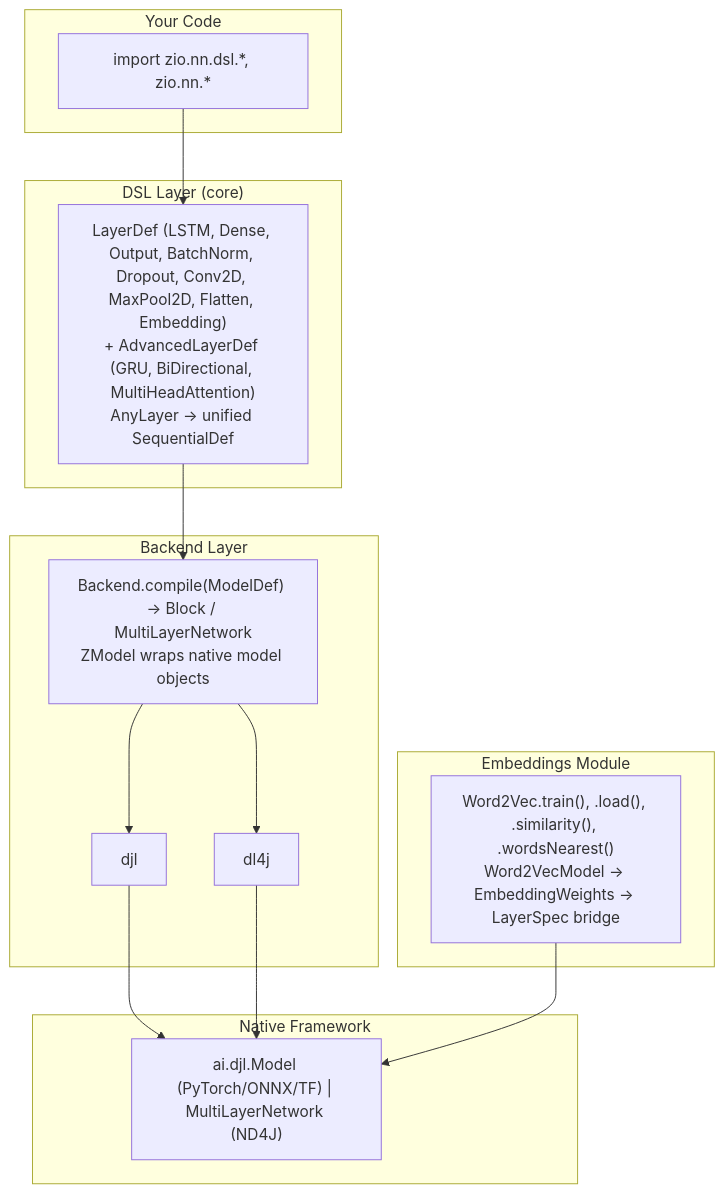
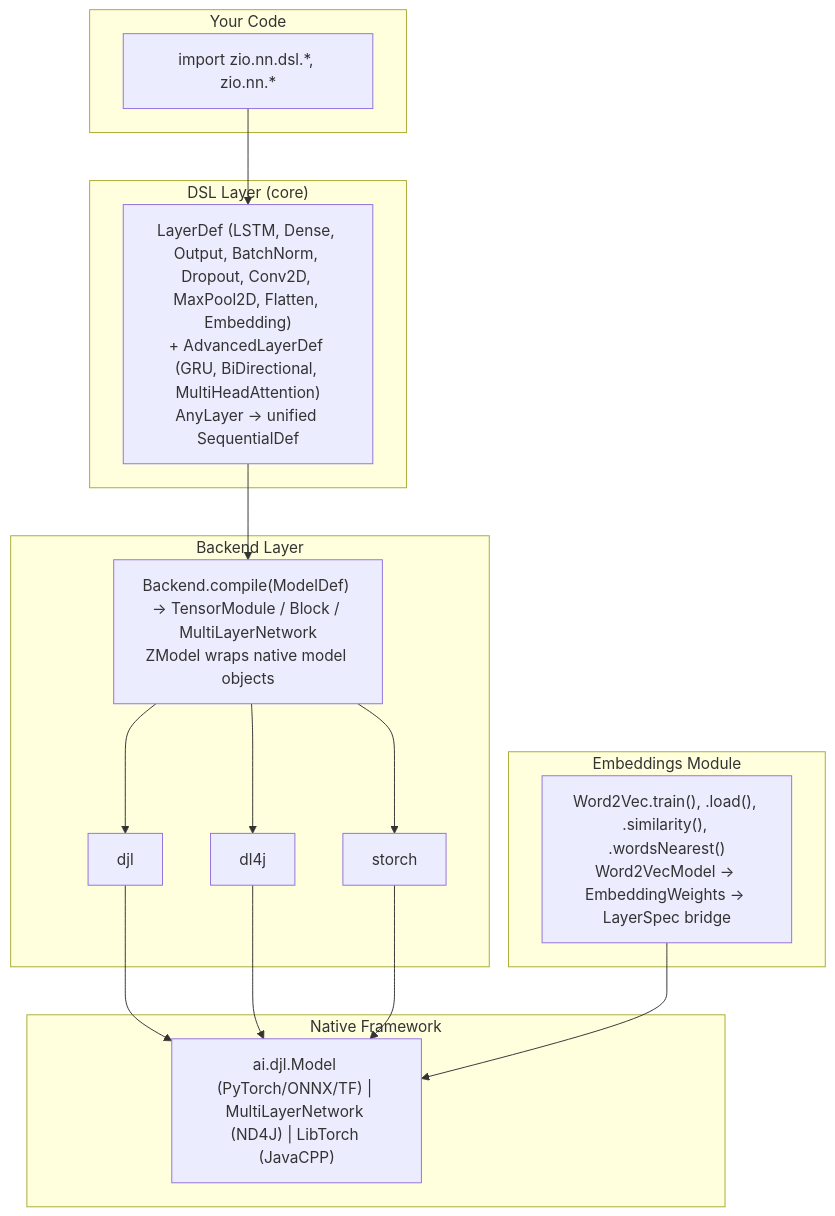
Before and after one commit to szekai/zio-nn: the diagram in README.md, drawn with Mermaid. The commit also changed other lines of this file and 3 other files, not shown here.

First line of the commit message:
Update docs for storch backend

````diff
--- a/README.md
+++ b/README.md
@@ -243,27 +255,30 @@
 ```mermaid
 graph TD
     subgraph "Your Code"
         A["import zio.nn.dsl.*, zio.nn.*"]
     end
     subgraph "DSL Layer (core)"
         B["LayerDef (LSTM, Dense, Output, BatchNorm, Dropout, Conv2D, MaxPool2D, Flatten, Embedding)<br/>+ AdvancedLayerDef (GRU, BiDirectional, MultiHeadAttention)<br/>AnyLayer → unified SequentialDef"]
     end
     subgraph "Backend Layer"
-        C["Backend.compile(ModelDef) → Block / MultiLayerNetwork<br/>ZModel wraps native model objects"]
+        C["Backend.compile(ModelDef) → TensorModule / Block / MultiLayerNetwork<br/>ZModel wraps native model objects"]
         D["djl"]
         E["dl4j"]
+        H["storch"]
     end
     subgraph "Embeddings Module"
         F["Word2Vec.train(), .load(), .similarity(), .wordsNearest()<br/>Word2VecModel → EmbeddingWeights → LayerSpec bridge"]
     end
     subgraph "Native Framework"
-        G["ai.djl.Model (PyTorch/ONNX/TF) | MultiLayerNetwork (ND4J)"]
+        G["ai.djl.Model (PyTorch/ONNX/TF) | MultiLayerNetwork (ND4J) | LibTorch (JavaCPP)"]
     end
     A --> B
     B --> C
     C --> D
     C --> E
+    C --> H
     D --> G
     E --> G
+    H --> G
     F --> G
 ```
````
